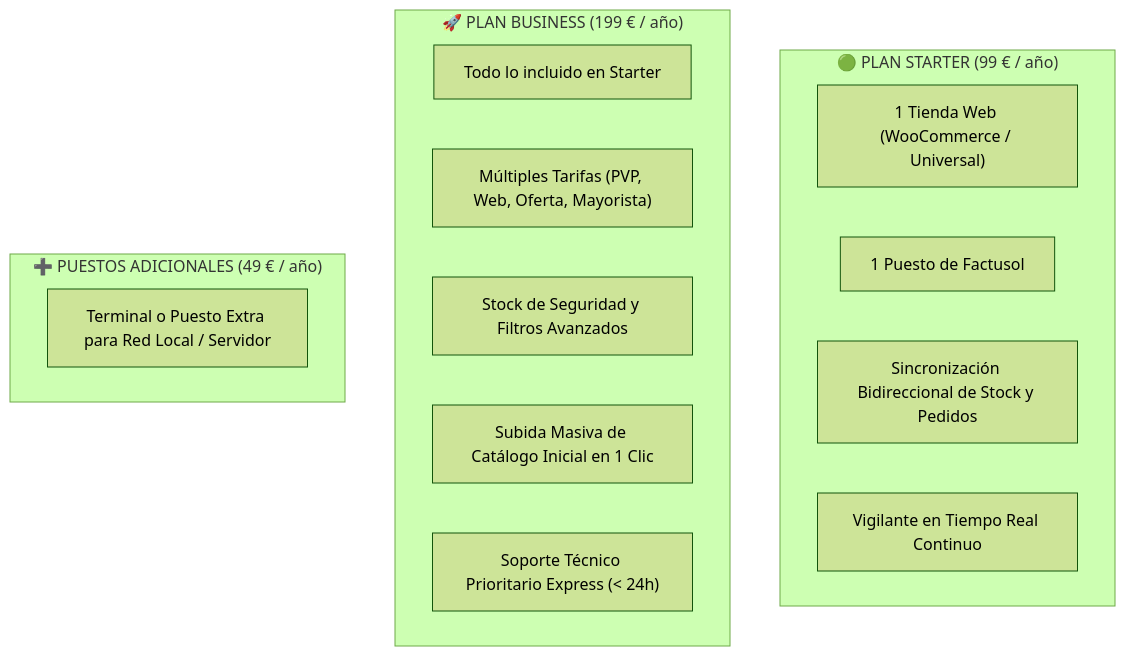
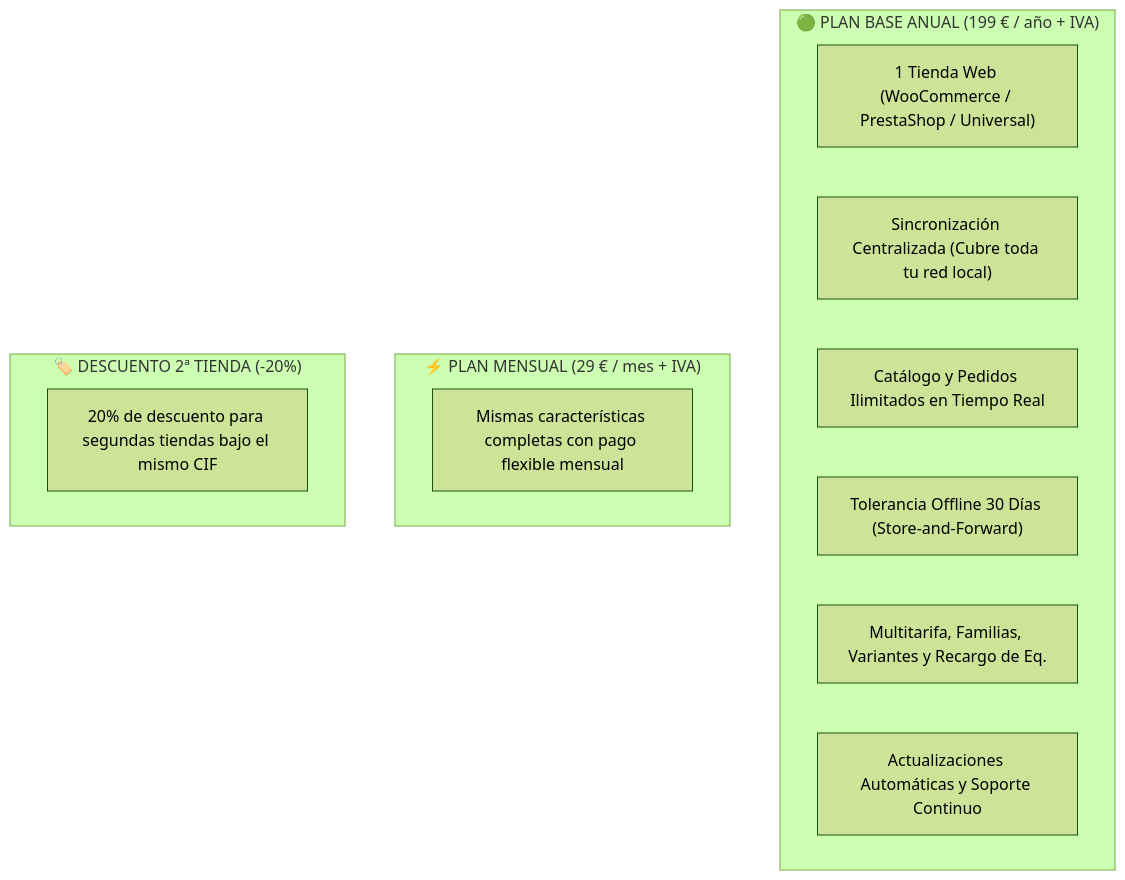
The first of 2 diagrams in docs/guias-empresas/02-planes-precios-y-facturacion.md (CristianJimenezMartinez/erp-bridge), drawn with Mermaid (forest theme) before and after one commit. The commit also changed other lines of this file, not shown here.

Commit message:
docs(pricing): align company documentation with single base plan and zero per-seat fees

````diff
--- a/docs/guias-empresas/02-planes-precios-y-facturacion.md
+++ b/docs/guias-empresas/02-planes-precios-y-facturacion.md
@@ -25,19 +25,17 @@
 ```mermaid
 flowchart TD
-    subgraph S["🟢 PLAN STARTER (99 € / año)"]
-        S1["1 Tienda Web (WooCommerce / Universal)"]
-        S2["1 Puesto de Factusol"]
-        S3["Sincronización Bidireccional de Stock y Pedidos"]
-        S4["Vigilante en Tiempo Real Continuo"]
+    subgraph A["🟢 PLAN BASE ANUAL (199 € / año + IVA)"]
+        A1["1 Tienda Web (WooCommerce / PrestaShop / Universal)"]
+        A2["Sincronización Centralizada (Cubre toda tu red local)"]
+        A3["Catálogo y Pedidos Ilimitados en Tiempo Real"]
+        A4["Tolerancia Offline 30 Días (Store-and-Forward)"]
+        A5["Multitarifa, Familias, Variantes y Recargo de Eq."]
+        A6["Actualizaciones Automáticas y Soporte Continuo"]
     end
-    subgraph B["🚀 PLAN BUSINESS (199 € / año)"]
-        B1["Todo lo incluido en Starter"]
-        B2["Múltiples Tarifas (PVP, Web, Oferta, Mayorista)"]
-        B3["Stock de Seguridad y Filtros Avanzados"]
-        B4["Subida Masiva de Catálogo Inicial en 1 Clic"]
-        B5["Soporte Técnico Prioritario Express (< 24h)"]
+    subgraph M["⚡ PLAN MENSUAL (29 € / mes + IVA)"]
+        M1["Mismas características completas con pago flexible mensual"]
     end
-    subgraph P["➕ PUESTOS ADICIONALES (49 € / año)"]
-        P1["Terminal o Puesto Extra para Red Local / Servidor"]
+    subgraph D["🏷️ DESCUENTO 2ª TIENDA (-20%)"]
+        D1["20% de descuento para segundas tiendas bajo el mismo CIF"]
     end
 ```
````
